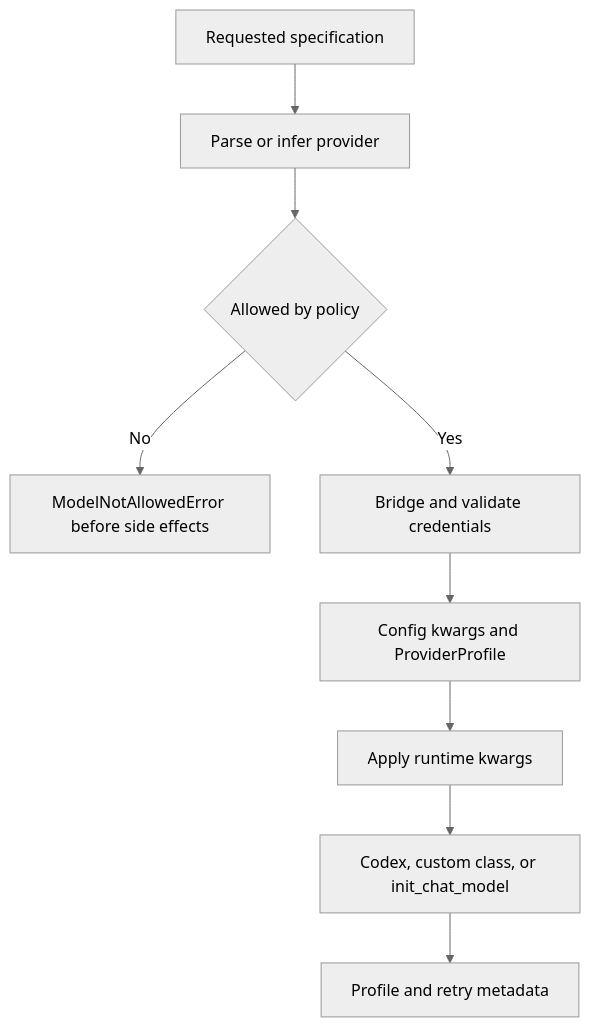
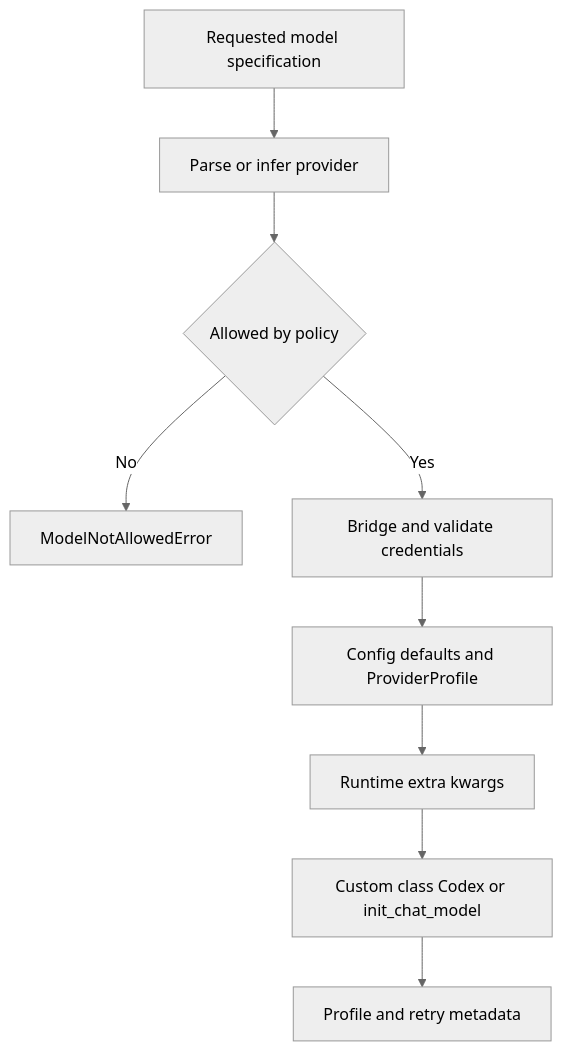
Before and after one commit to langchain-ai/deepagents: the fourth of 4 diagrams in openwiki/concepts/profiles-models.md, drawn with Mermaid (neutral theme). The commit also changed other lines of this file and 53 other files, not shown here.

````diff
--- a/openwiki/concepts/profiles-models.md
+++ b/openwiki/concepts/profiles-models.md
@@ -104,11 +136,11 @@
 ```mermaid
 flowchart TD
-    Requested["Requested specification"] --> Infer["Parse or infer provider"]
+    Requested["Requested model specification"] --> Infer["Parse or infer provider"]
     Infer --> Allowed{"Allowed by policy"}
-    Allowed -->|No| Denied["ModelNotAllowedError before side effects"]
-    Allowed -->|Yes| Auth["Bridge and validate credentials"]
-    Auth --> Defaults["Config kwargs and ProviderProfile"]
-    Defaults --> Runtime["Apply runtime kwargs"]
-    Runtime --> Build["Codex, custom class, or init_chat_model"]
+    Allowed -->|No| Denied["ModelNotAllowedError"]
+    Allowed -->|Yes| Credentials["Bridge and validate credentials"]
+    Credentials --> Defaults["Config defaults and ProviderProfile"]
+    Defaults --> Runtime["Runtime extra kwargs"]
+    Runtime --> Build["Custom class Codex or init_chat_model"]
     Build --> Metadata["Profile and retry metadata"]
 ```
````
